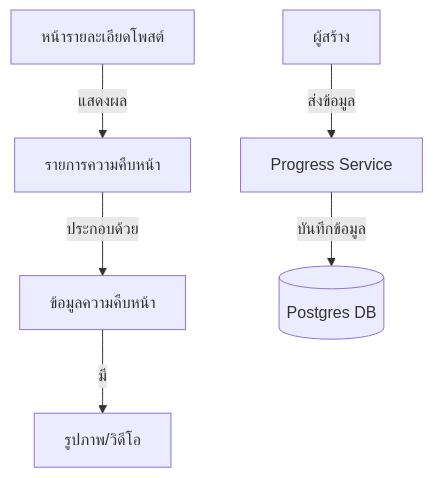
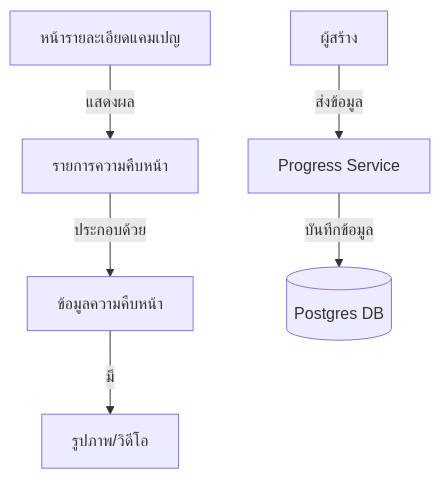
One commit to o-kard/okard-backend changed the diagram in docs/developer_manual/th/progress_module_manual.md. Above: the diagram before and after it, drawn with Mermaid. The commit also changed other lines of this file and 15 other files, not shown here.

````diff
--- a/docs/developer_manual/th/progress_module_manual.md
+++ b/docs/developer_manual/th/progress_module_manual.md
@@ -27,9 +27,9 @@
 ```mermaid
 graph TD
-    Post[หน้ารายละเอียดโพสต์] -->|แสดงผล| List[รายการความคืบหน้า]
+    Camp[หน้ารายละเอียดแคมเปญ] -->|แสดงผล| List[รายการความคืบหน้า]
     List -->|ประกอบด้วย| Entry[ข้อมูลความคืบหน้า]
     Entry -->|มี| Media[รูปภาพ/วิดีโอ]
     
     Creator[ผู้สร้าง] -->|ส่งข้อมูล| Svc[Progress Service]
     Svc -->|บันทึกข้อมูล| DB[(Postgres DB)]
 ```
````
